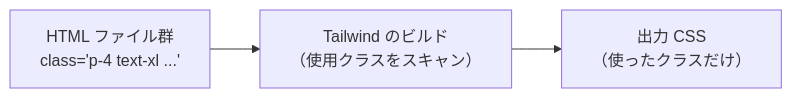
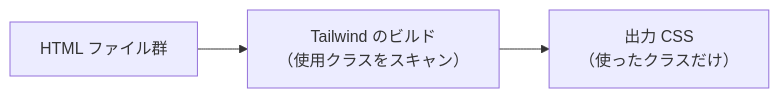
The third of 3 diagrams in docs/lessons/day07/index.md (ozaki25/web-front-training-ozaki25), drawn with Mermaid before and after one commit.

Commit message:
Tailwind ビルドの mermaid 図のテキスト溢れを修正
https://claude.ai/code/session_01VBuKGSzVmu6184hRMdwGoV

````diff
--- a/docs/lessons/day07/index.md
+++ b/docs/lessons/day07/index.md
@@ -284,5 +284,5 @@
 ```mermaid
 flowchart LR
-  A["HTML ファイル群\nclass='p-4 text-xl ...'"] --> B["Tailwind のビルド\n（使用クラスをスキャン）"]
+  A["HTML ファイル群"] --> B["Tailwind のビルド\n（使用クラスをスキャン）"]
   B --> C["出力 CSS\n（使ったクラスだけ）"]
 ```
````
